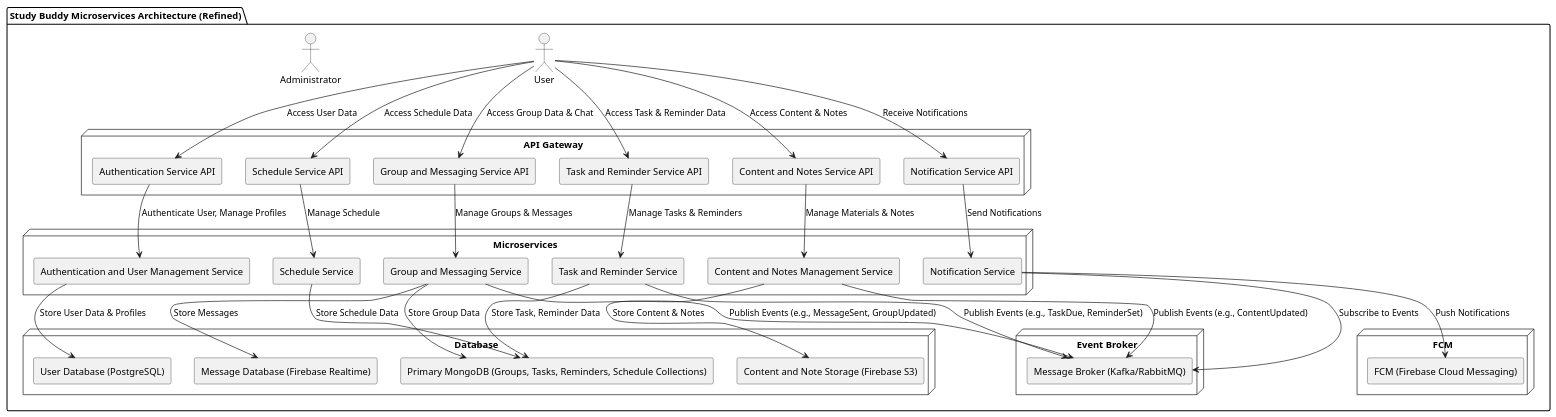
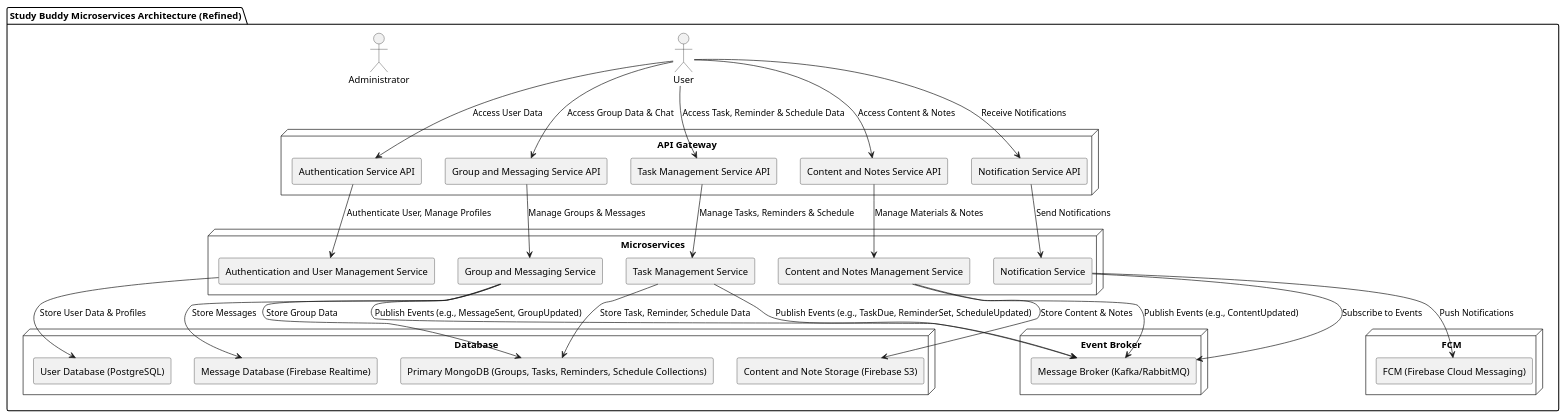
One commit to vannndar/fp_ppl changed the diagram in 8. software architecture design/microservices.md. Above: the diagram before and after it, drawn with PlantUML. The commit also changed other lines of this file and 19 other files, not shown here.

````diff
--- a/8. software architecture design/microservices.md
+++ b/8. software architecture design/microservices.md
@@ -55,73 +47,68 @@
 ```plantuml
 @startuml
 
 package "Study Buddy Microservices Architecture (Refined)" {
 
   actor "User" as user
   actor "Administrator" as admin
 
   node "API Gateway" {
     rectangle "Authentication Service API" as auth_service_api
     rectangle "Group and Messaging Service API" as group_messaging_service_api
-    rectangle "Task and Reminder Service API" as task_reminder_service_api
+    rectangle "Task Management Service API" as task_management_service_api
     rectangle "Content and Notes Service API" as content_notes_service_api
-    rectangle "Schedule Service API" as schedule_service_api
     rectangle "Notification Service API" as notification_service_api
   }
 
   node "Microservices" {
     rectangle "Authentication and User Management Service" as auth_service
     rectangle "Group and Messaging Service" as group_messaging_service
-    rectangle "Task and Reminder Service" as task_reminder_service
+    rectangle "Task Management Service" as task_management_service
     rectangle "Content and Notes Management Service" as content_notes_service
-    rectangle "Schedule Service" as schedule_service
     rectangle "Notification Service" as notification_service
   }
 
   node "Database" {
     rectangle "User Database (PostgreSQL)" as user_db
     rectangle "Primary MongoDB (Groups, Tasks, Reminders, Schedule Collections)" as primary_mongo_db
     rectangle "Message Database (Firebase Realtime)" as message_db
     rectangle "Content and Note Storage (Firebase S3)" as content_notes_db
   }
 
   node "Event Broker" {
     rectangle "Message Broker (Kafka/RabbitMQ)" as message_broker
   }
 
   node "FCM" {
     rectangle "FCM (Firebase Cloud Messaging)" as fcm
   }
 
   user --> auth_service_api : Access User Data
   user --> group_messaging_service_api : Access Group Data & Chat
-  user --> task_reminder_service_api : Access Task & Reminder Data
+  user --> task_management_service_api : Access Task, Reminder & Schedule Data
   user --> content_notes_service_api : Access Content & Notes
-  user --> schedule_service_api : Access Schedule Data
   user --> notification_service_api : Receive Notifications
 
   auth_service_api --> auth_service : Authenticate User, Manage Profiles
   group_messaging_service_api --> group_messaging_service : Manage Groups & Messages
-  task_reminder_service_api --> task_reminder_service : Manage Tasks & Reminders
+  task_management_service_api --> task_management_service : Manage Tasks, Reminders & Schedule
   content_notes_service_api --> content_notes_service : Manage Materials & Notes
-  schedule_service_api --> schedule_service : Manage Schedule
   notification_service_api --> notification_service : Send Notifications
 
   auth_service --> user_db : Store User Data & Profiles
   group_messaging_service --> primary_mongo_db : Store Group Data
-  task_reminder_service --> primary_mongo_db : Store Task, Reminder Data
-  schedule_service --> primary_mongo_db : Store Schedule Data
+  task_management_service --> primary_mongo_db : Store Task, Reminder, Schedule Data
   group_messaging_service --> message_db : Store Messages
   content_notes_service --> content_notes_db : Store Content & Notes
 
   group_messaging_service --> message_broker : Publish Events (e.g., MessageSent, GroupUpdated)
-  task_reminder_service --> message_broker : Publish Events (e.g., TaskDue, ReminderSet)
+  task_management_service --> message_broker : Publish Events (e.g., TaskDue, ReminderSet, ScheduleUpdated)
   content_notes_service --> message_broker : Publish Events (e.g., ContentUpdated)
 
   notification_service --> message_broker : Subscribe to Events
   notification_service --> fcm : Push Notifications
 
 }
 
 @enduml
 ```
````
